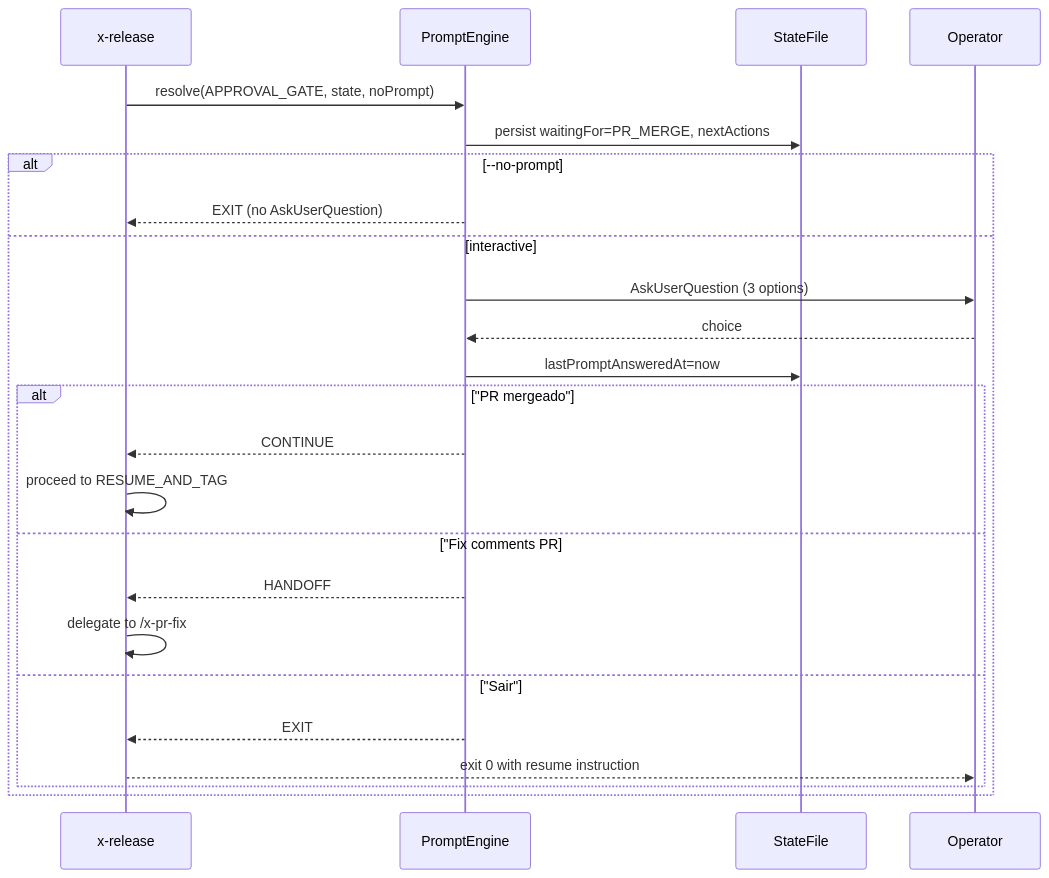
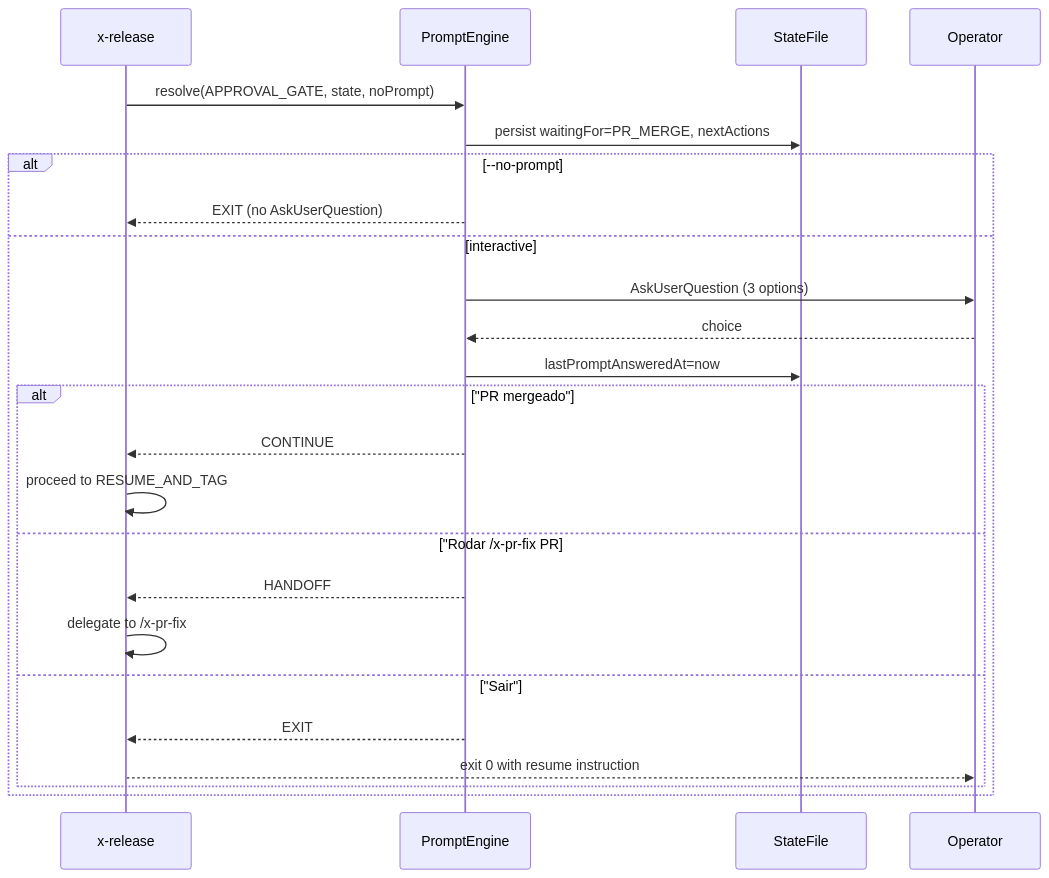
The diagram in java/src/test/resources/golden/java-spring-event-driven/.claude/skills/x-release/references/prompt-flow.md (edercnj/ia-dev-environment), drawn with Mermaid before and after one commit. The commit also changed 22 other files, not shown here.

````diff
--- a/java/src/test/resources/golden/java-spring-event-driven/.claude/skills/x-release/references/prompt-flow.md
+++ b/java/src/test/resources/golden/java-spring-event-driven/.claude/skills/x-release/references/prompt-flow.md
@@ -74,27 +74,27 @@
 ```mermaid
 sequenceDiagram
     participant Skill as x-release
     participant Engine as PromptEngine
     participant State as StateFile
     participant Op as Operator
 
     Skill->>Engine: resolve(APPROVAL_GATE, state, noPrompt)
     Engine->>State: persist waitingFor=PR_MERGE, nextActions
     alt --no-prompt
         Engine-->>Skill: EXIT (no AskUserQuestion)
     else interactive
         Engine->>Op: AskUserQuestion (3 options)
         Op-->>Engine: choice
         Engine->>State: lastPromptAnsweredAt=now
         alt "PR mergeado"
             Engine-->>Skill: CONTINUE
             Skill->>Skill: proceed to RESUME_AND_TAG
-        else "Fix comments PR#"
+        else "Rodar /x-pr-fix PR#"
             Engine-->>Skill: HANDOFF
             Skill->>Skill: delegate to /x-pr-fix
         else "Sair"
             Engine-->>Skill: EXIT
             Skill-->>Op: exit 0 with resume instruction
         end
     end
 ```
````
